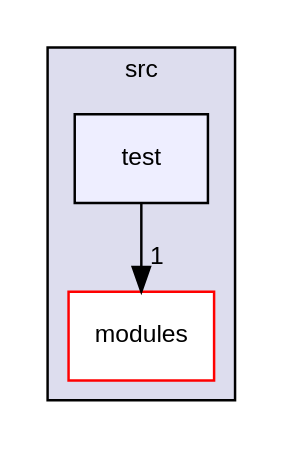
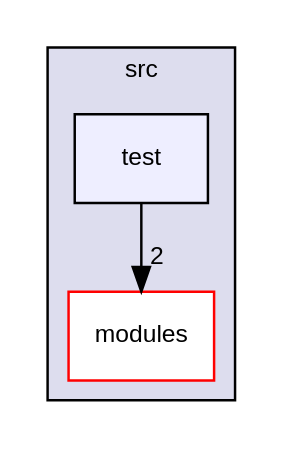
The diagram in docs/dir_120ed4da3e3217b1e7fc0b4f48568e79_dep.dot (redhecker/easyVim), drawn with Graphviz before and after one commit. The commit also changed 84 other files, not shown here.

```diff
--- a/docs/dir_120ed4da3e3217b1e7fc0b4f48568e79_dep.dot
+++ b/docs/dir_120ed4da3e3217b1e7fc0b4f48568e79_dep.dot
@@ -1,11 +1,11 @@
 digraph "src/test" {
   compound=true
   node [ fontsize="10", fontname="Helvetica"];
   edge [ labelfontsize="10", labelfontname="Helvetica"];
   subgraph clusterdir_68267d1309a1af8e8297ef4c3efbcdba {
     graph [ bgcolor="#ddddee", pencolor="black", label="src" fontname="Helvetica", fontsize="10", URL="dir_68267d1309a1af8e8297ef4c3efbcdba.html"]
   dir_ddb4d7e95cc2d6c8e1ade10a20d7247d [shape=box label="modules" fillcolor="white" style="filled" color="red" URL="dir_ddb4d7e95cc2d6c8e1ade10a20d7247d.html"];
   dir_120ed4da3e3217b1e7fc0b4f48568e79 [shape=box, label="test", style="filled", fillcolor="#eeeeff", pencolor="black", URL="dir_120ed4da3e3217b1e7fc0b4f48568e79.html"];
   }
-  dir_120ed4da3e3217b1e7fc0b4f48568e79->dir_ddb4d7e95cc2d6c8e1ade10a20d7247d [headlabel="1", labeldistance=1.5 headhref="dir_000004_000001.html"];
+  dir_120ed4da3e3217b1e7fc0b4f48568e79->dir_ddb4d7e95cc2d6c8e1ade10a20d7247d [headlabel="2", labeldistance=1.5 headhref="dir_000005_000001.html"];
 }
```
